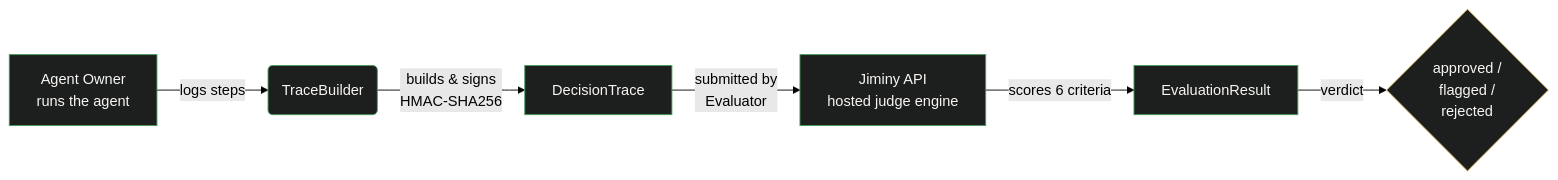
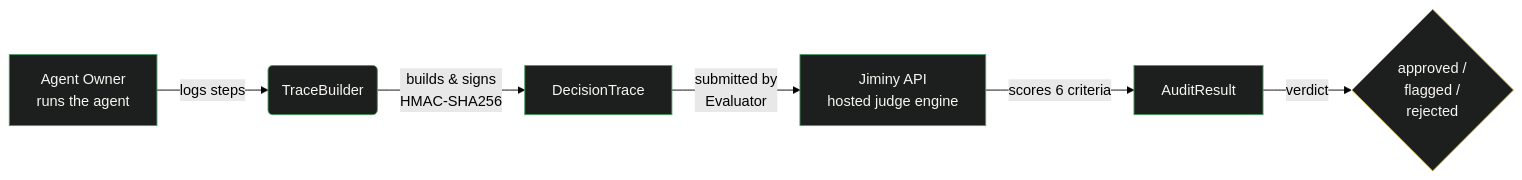
Before and after one commit to christianbelnavis4-chelnok/jiminy-SDK: the diagram in README.md, drawn with Mermaid (forest theme). The commit also changed other lines of this file and 18 other files, not shown here.

First line of the commit message:
Rename Evaluation terminology to Audit in user-facing copy and docs

````diff
--- a/README.md
+++ b/README.md
@@ -84,12 +84,12 @@
 ```mermaid
 flowchart LR
     A[Agent Owner<br/>runs the agent] -->|logs steps| B(TraceBuilder)
     B -->|builds & signs<br/>HMAC-SHA256| C[DecisionTrace]
     C -->|submitted by<br/>Evaluator| D[Jiminy API<br/>hosted judge engine]
-    D -->|scores 6 criteria| E[EvaluationResult]
+    D -->|scores 6 criteria| E[AuditResult]
     E -->|verdict| F{approved /<br/>flagged /<br/>rejected}
 
     classDef default fill:#1C1F1D,stroke:#4A9B5F,color:#F7F6F2
     classDef verdict fill:#1C1F1D,stroke:#C9A84C,color:#F7F6F2
     class F verdict
 ```
````
